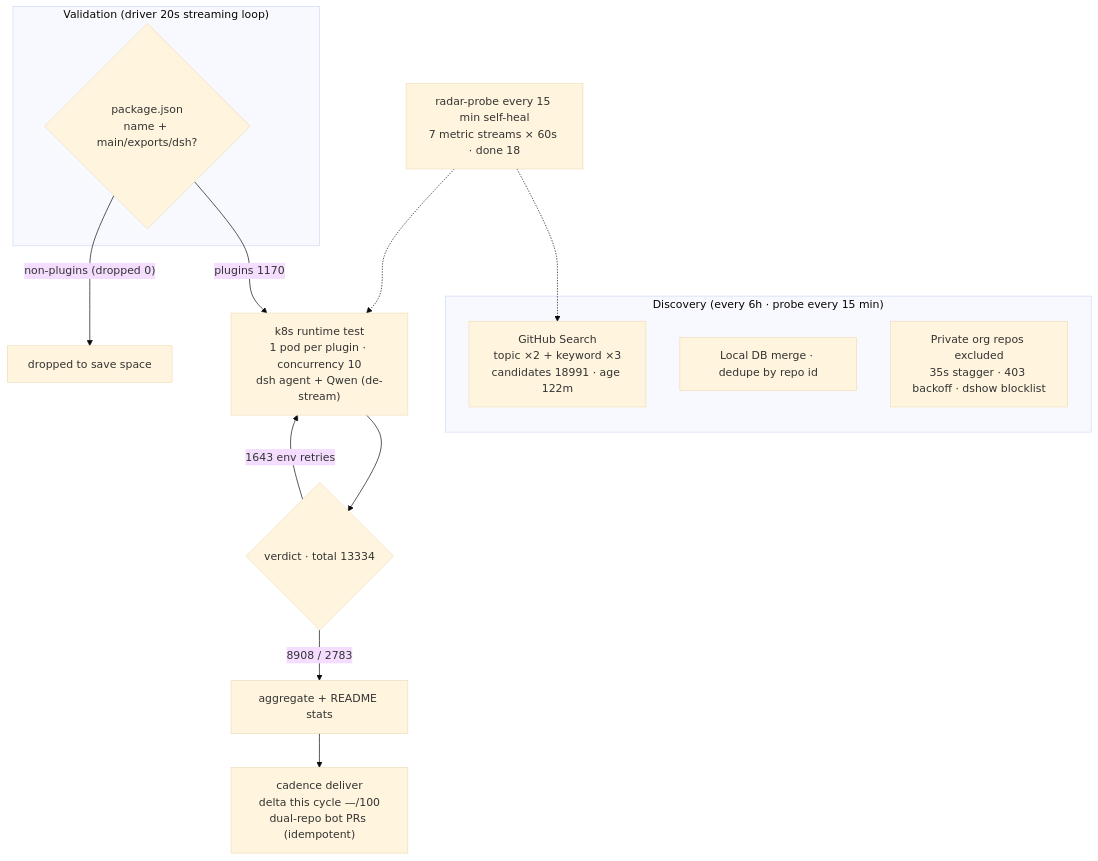
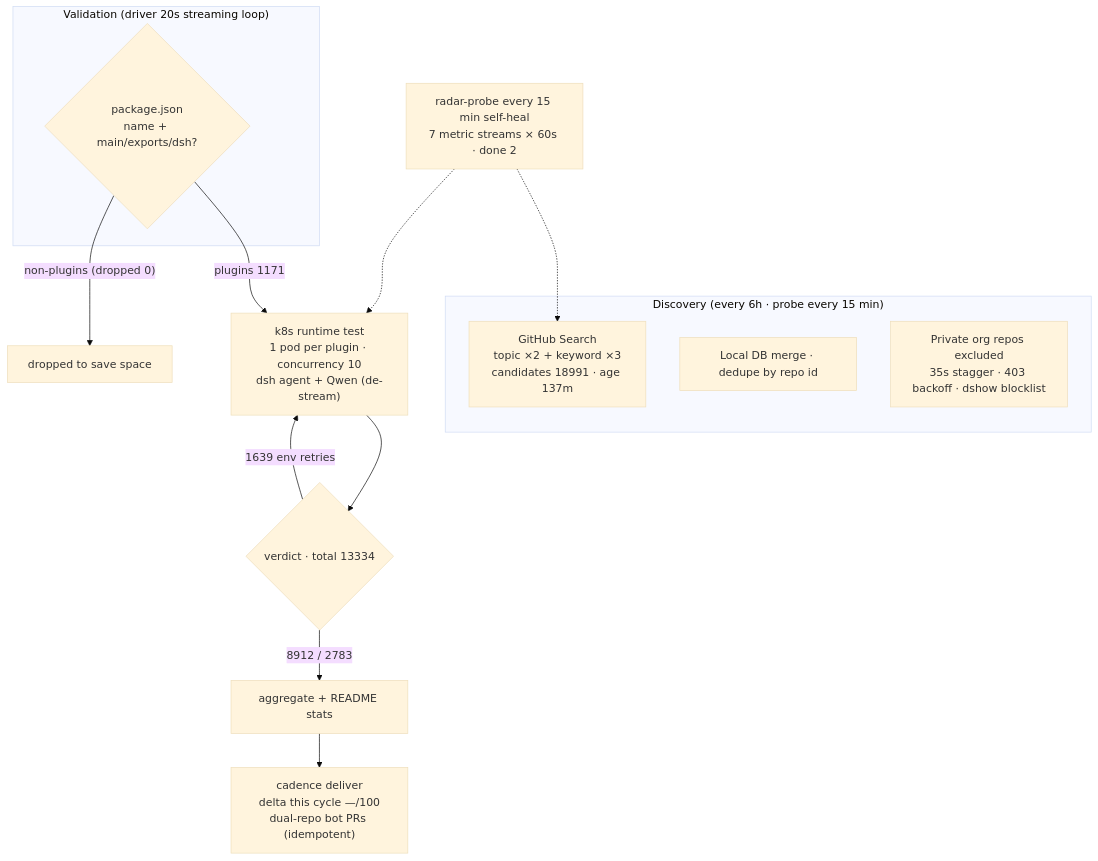
Before and after one commit to AdamPlatin123/dsh-plugin-radar: the diagram in README.en-US.md, drawn with Mermaid (base theme). The commit also changed other lines of this file and 6 other files, not shown here.

````diff
--- a/README.en-US.md
+++ b/README.en-US.md
@@ -45,20 +45,20 @@
 ```mermaid
 flowchart TB
     subgraph Discovery["Discovery (every 6h · probe every 15 min)"]
-        A1["GitHub Search<br/>topic ×2 + keyword ×3<br/>candidates 18991 · age 122m"]
+        A1["GitHub Search<br/>topic ×2 + keyword ×3<br/>candidates 18991 · age 137m"]
         A2["Local DB merge · dedupe by repo id"]
         A3["Private org repos excluded<br/>35s stagger · 403 backoff · dshow blocklist"]
     end
     subgraph Validation["Validation (driver 20s streaming loop)"]
         B1{"package.json<br/>name + main/exports/dsh?"}
     end
-    B1 -->|"plugins 1170"| C1["k8s runtime test<br/>1 pod per plugin · concurrency 10<br/>dsh agent + Qwen (de-stream)"]
+    B1 -->|"plugins 1171"| C1["k8s runtime test<br/>1 pod per plugin · concurrency 10<br/>dsh agent + Qwen (de-stream)"]
     B1 -->|"non-plugins (dropped 0)"| B3["dropped to save space"]
     C1 --> D1{"verdict · total 13334"}
-    D1 -->|"8908 / 2783"| E1["aggregate + README stats"]
-    D1 -->|"1643 env retries"| C1
+    D1 -->|"8912 / 2783"| E1["aggregate + README stats"]
+    D1 -->|"1639 env retries"| C1
     E1 --> E2["cadence deliver<br/>delta this cycle —/100<br/>dual-repo bot PRs (idempotent)"]
-    M["radar-probe every 15 min self-heal<br/>7 metric streams × 60s · done 18"]
+    M["radar-probe every 15 min self-heal<br/>7 metric streams × 60s · done 2"]
     M -.-> A1
     M -.-> C1
 ```
````
